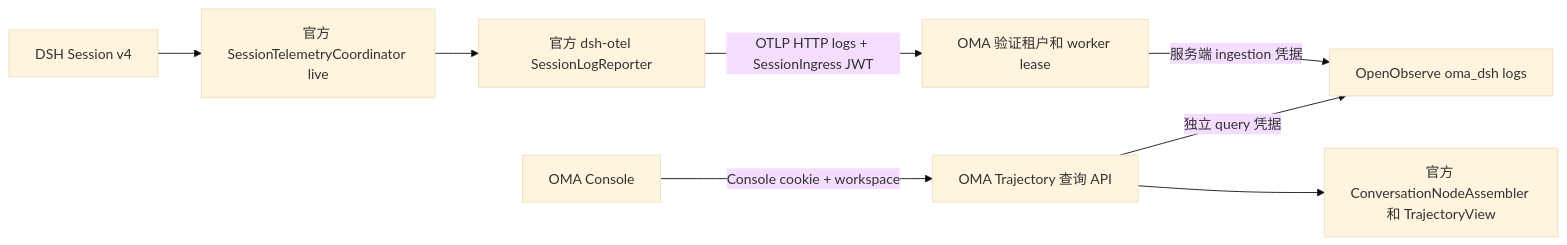
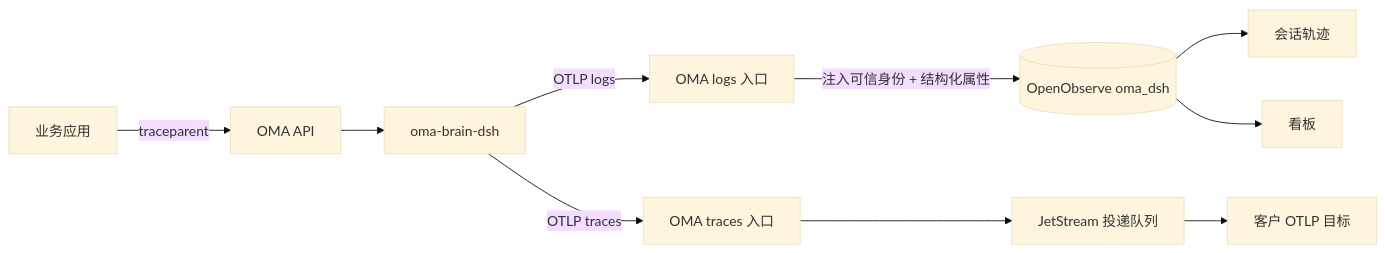
The first of 2 diagrams in docs/design/be/ccrv2/dsh-observability.md (superduck-ai/open-managed-agents), drawn with Mermaid (base theme) before and after one commit. The commit also changed other lines of this file and 2 other files, not shown here.

First line of the commit message:
docs(observability): consolidate DSH observability design into two documents

````diff
--- a/docs/design/be/ccrv2/dsh-observability.md
+++ b/docs/design/be/ccrv2/dsh-observability.md
@@ -5,10 +9,12 @@
 ```mermaid
 flowchart LR
-    Session[DSH Session v4] --> Capture[官方 SessionTelemetryCoordinator live]
-    Capture --> Reporter[官方 dsh-otel SessionLogReporter]
-    Reporter -->|OTLP HTTP logs + SessionIngress JWT| OMA[OMA 验证租户和 worker lease]
-    OMA -->|服务端 ingestion 凭据| OO[OpenObserve oma_dsh logs]
-    UI[OMA Console] -->|Console cookie + workspace| Query[OMA Trajectory 查询 API]
-    Query -->|独立 query 凭据| OO
-    Query --> Native[官方 ConversationNodeAssembler 和 TrajectoryView]
+    App[业务应用] -->|traceparent| API[OMA API]
+    API --> Brain[oma-brain-dsh]
+    Brain -->|OTLP logs| LogIngress[OMA logs 入口]
+    Brain -->|OTLP traces| TraceIngress[OMA traces 入口]
+    LogIngress -->|注入可信身份 + 结构化属性| OO[(OpenObserve oma_dsh)]
+    OO --> Trajectory[会话轨迹]
+    OO --> Dashboard[看板]
+    TraceIngress --> Queue[JetStream 投递队列]
+    Queue --> Dest[客户 OTLP 目标]
 ```
````
